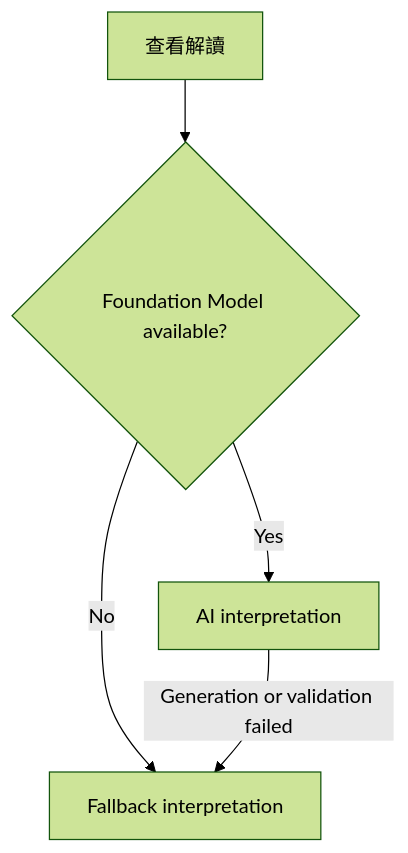
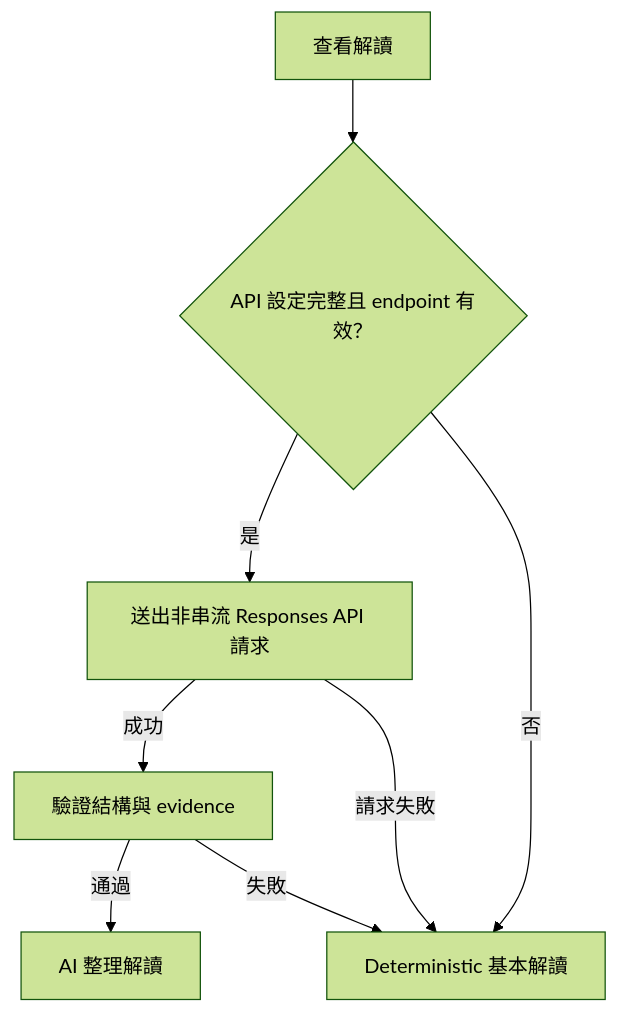
The fifth of 5 diagrams in PRODUCT.md (narumiruna/mighty-zi-wei), drawn with Mermaid (forest theme) before and after one commit. The commit also changed other lines of this file and 21 other files, not shown here.

Commit message:
feat(ai): use OpenAI-compatible Responses API

````diff
--- a/PRODUCT.md
+++ b/PRODUCT.md
@@ -568,12 +577,17 @@
 ```mermaid
 flowchart TD
     A["查看解讀"]
-    B{"Foundation Model available?"}
-    C["AI interpretation"]
-    D["Fallback interpretation"]
+    B{"API 設定完整且 endpoint 有效？"}
+    C["送出非串流 Responses API 請求"]
+    D["驗證結構與 evidence"]
+    E["Deterministic 基本解讀"]
+    F["AI 整理解讀"]
 
     A --> B
-    B -->|Yes| C
-    B -->|No| D
-    C -->|Generation or validation failed| D
+    B -->|是| C
+    B -->|否| E
+    C -->|成功| D
+    C -->|請求失敗| E
+    D -->|通過| F
+    D -->|失敗| E
 ```
````
